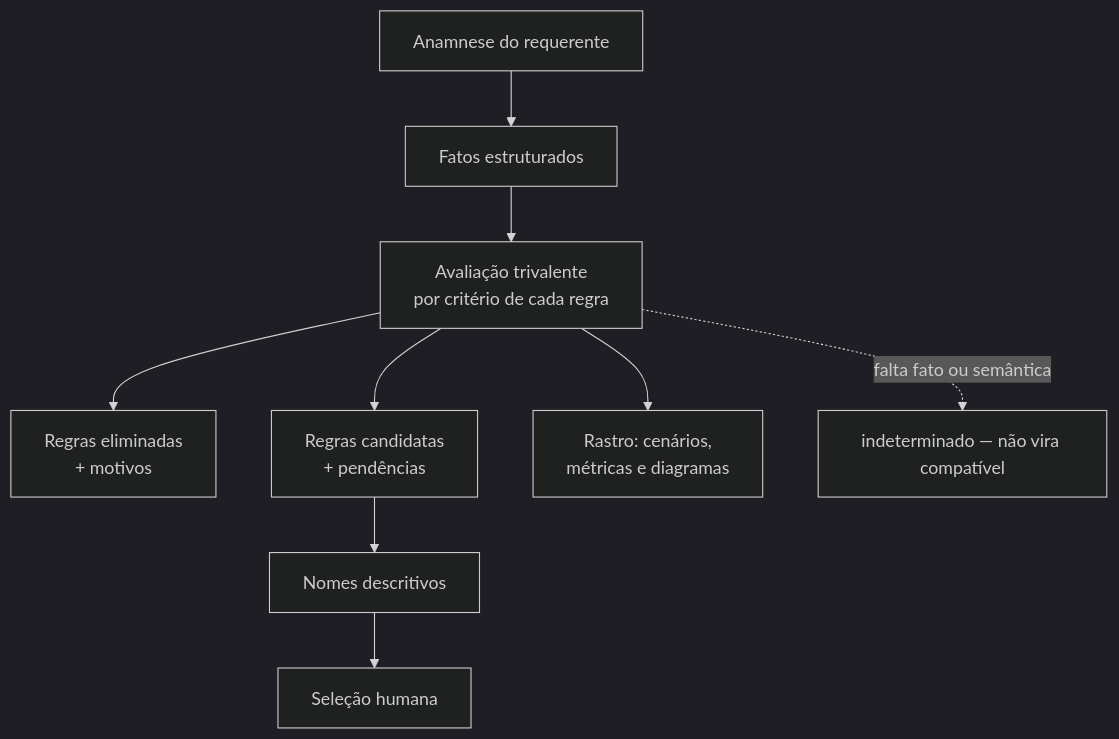
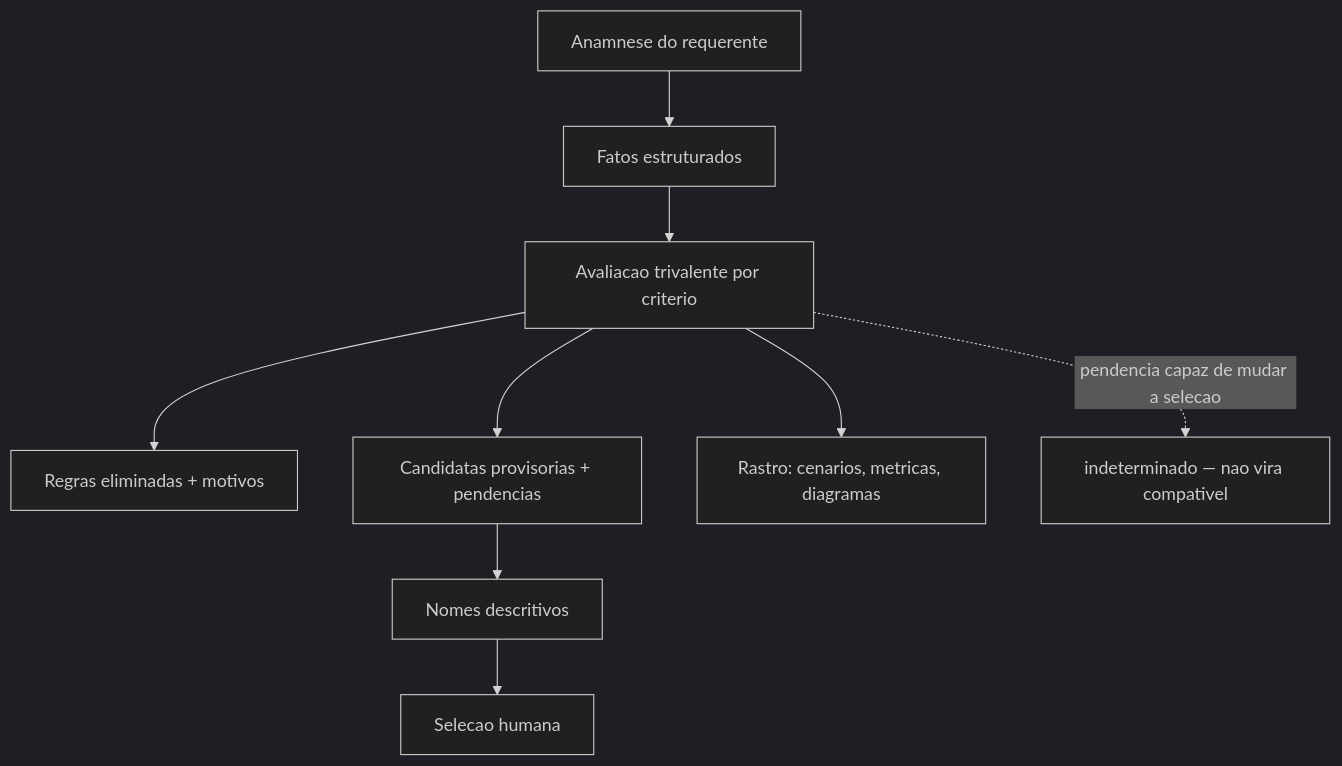
Before and after one commit to franklinbaldo/sisprev: the first of 6 diagrams in docs/rfc/0002-selecao-explicavel-pos-anamnese.md, drawn with Mermaid (dark theme). The commit also changed other lines of this file and 2 other files, not shown here.

First line of the commit message:
docs: RFC 0002 rodada de correção — trivalente formal, as-is×PGE separados, spec do #22

````diff
--- a/docs/rfc/0002-selecao-explicavel-pos-anamnese.md
+++ b/docs/rfc/0002-selecao-explicavel-pos-anamnese.md
@@ -120,11 +126,11 @@
 ```mermaid
 flowchart TD
     A["Anamnese do requerente"] --> B["Fatos estruturados"]
-    B --> C["Avaliação trivalente<br/>por critério de cada regra"]
-    C --> D["Regras eliminadas<br/>+ motivos"]
-    C --> E["Regras candidatas<br/>+ pendências"]
+    B --> C["Avaliacao trivalente por criterio"]
+    C --> D["Regras eliminadas + motivos"]
+    C --> E["Candidatas provisorias + pendencias"]
     E --> F["Nomes descritivos"]
-    F --> G["Seleção humana"]
-    C --> H["Rastro: cenários,<br/>métricas e diagramas"]
-    C -.->|falta fato ou semântica| I["indeterminado — não vira compatível"]
+    F --> G["Selecao humana"]
+    C --> H["Rastro: cenarios, metricas, diagramas"]
+    C -.->|pendencia capaz de mudar a selecao| I["indeterminado — nao vira compativel"]
 ```
````
